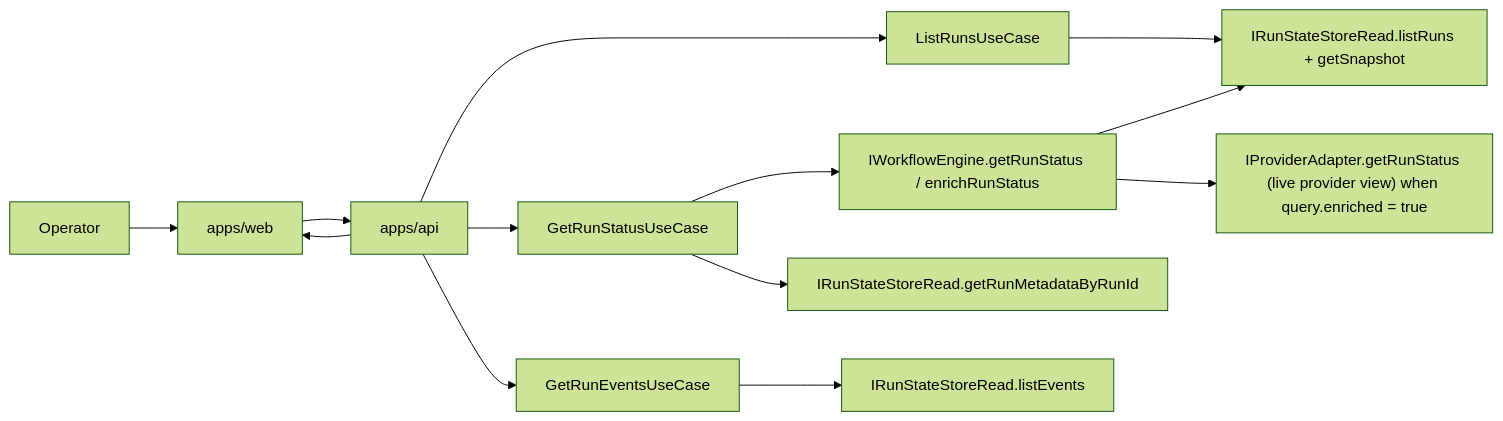
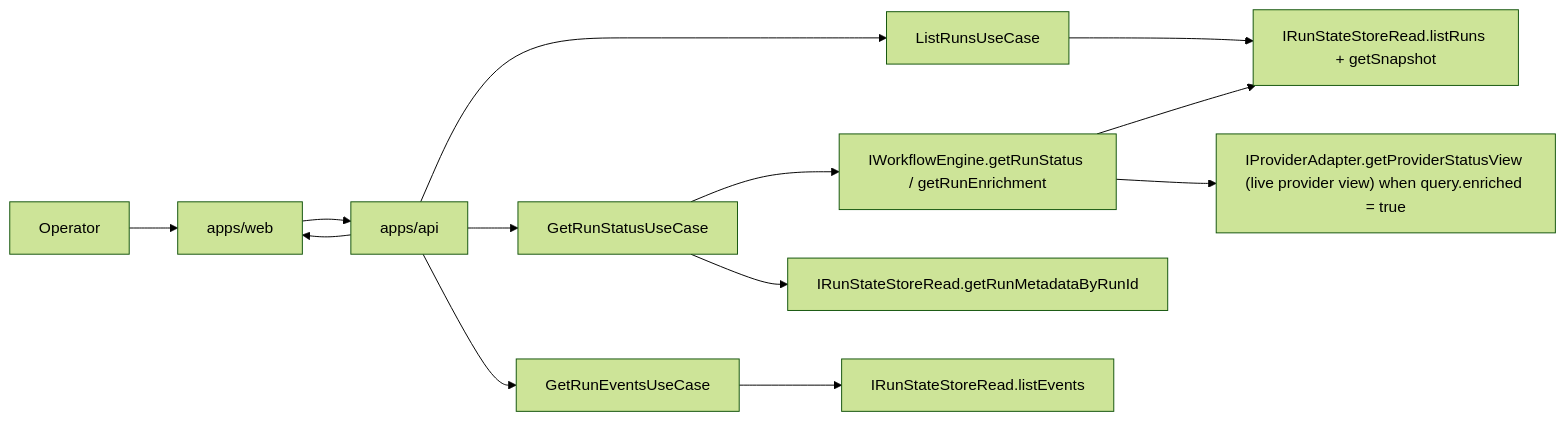
Before and after one commit to dunay2/dvt: the diagram in docs/architecture/system/subsystems/read/index.md, drawn with Mermaid (forest theme). The commit also changed other lines of this file and 43 other files, not shown here.

Commit message:
refactor(engine): Split canonical and provider run status models

````diff
--- a/docs/architecture/system/subsystems/read/index.md
+++ b/docs/architecture/system/subsystems/read/index.md
@@ -18,15 +18,15 @@
 ```mermaid
 flowchart LR
   Operator["Operator"] --> Web["apps/web"]
   Web --> Api["apps/api"]
   Api --> ListRuns["ListRunsUseCase"]
   Api --> GetRun["GetRunStatusUseCase"]
   Api --> GetEvents["GetRunEventsUseCase"]
   ListRuns --> StateRead["IRunStateStoreRead.listRuns + getSnapshot"]
-  GetRun --> Engine["IWorkflowEngine.getRunStatus / enrichRunStatus"]
+  GetRun --> Engine["IWorkflowEngine.getRunStatus / getRunEnrichment"]
   GetRun --> Metadata["IRunStateStoreRead.getRunMetadataByRunId"]
   GetEvents --> EventStore["IRunStateStoreRead.listEvents"]
   Engine --> StateRead
-  Engine --> Provider["IProviderAdapter.getRunStatus (live provider view) when query.enriched = true"]
+  Engine --> Provider["IProviderAdapter.getProviderStatusView (live provider view) when query.enriched = true"]
   Api --> Web
 ```
````
